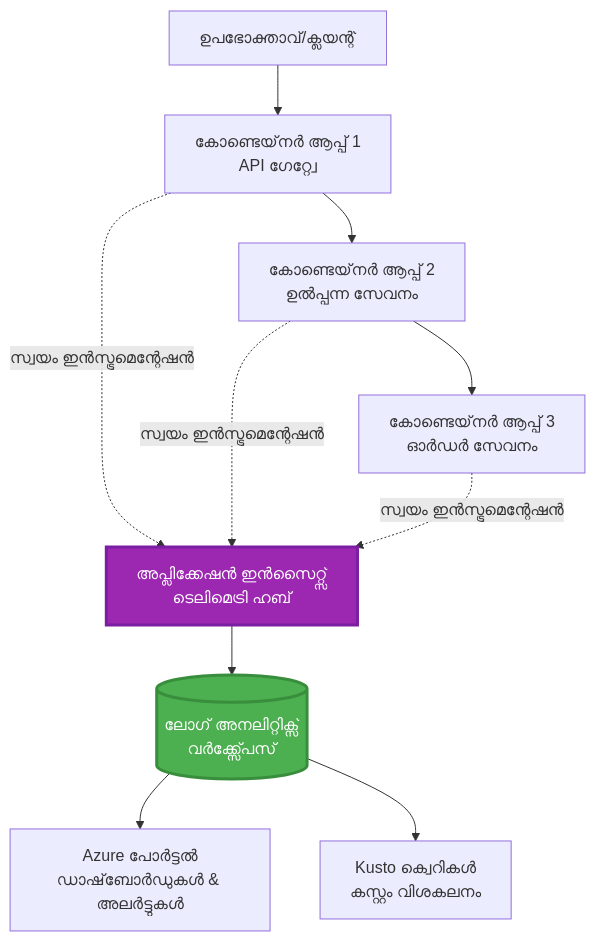
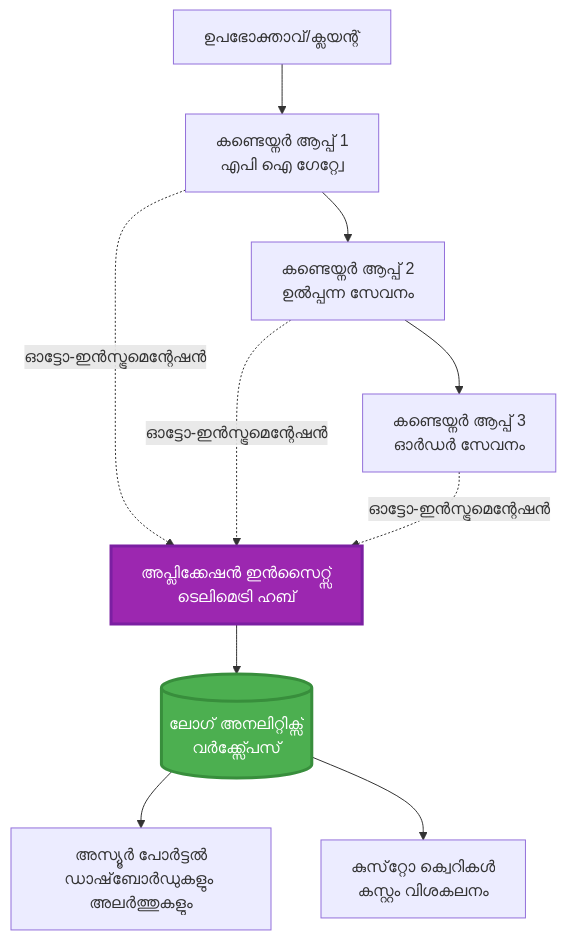
One commit to microsoft/AZD-for-beginners changed the first of 2 diagrams in translations/ml/docs/chapter-06-pre-deployment/application-insights.md. Above: the diagram before and after it, drawn with Mermaid. The commit also changed other lines of this file and 102 other files, not shown here.

````diff
--- a/translations/ml/docs/chapter-06-pre-deployment/application-insights.md
+++ b/translations/ml/docs/chapter-06-pre-deployment/application-insights.md
@@ -58,28 +58,28 @@
 ```mermaid
 graph TB
     User[ഉപഭോക്താവ്/ക്ലയന്റ്]
-    App1[കോണ്ടെയ്‌നർ ആപ്പ് 1<br/>API ഗേറ്റ്വേ]
-    App2[കോണ്ടെയ്‌നർ ആപ്പ് 2<br/>ഉൽപ്പന്ന സേവനം]
-    App3[കോണ്ടെയ്‌നർ ആപ്പ് 3<br/>ഓർഡർ സേവനം]
+    App1[കണ്ടെയ്നര്‍ ആപ്പ് 1<br/>എപി ഐ ഗേറ്റ്വേ]
+    App2[കണ്ടെയ്നര്‍ ആപ്പ് 2<br/>ഉല്‍പ്പന്ന സേവനം]
+    App3[കണ്ടെയ്നര്‍ ആപ്പ് 3<br/>ഓര്‍ഡര്‍ സേവനം]
     
-    AppInsights[അപ്ലിക്കേഷൻ ഇൻസൈറ്റ്സ്<br/>ടെലിമെട്രി ഹബ്]
+    AppInsights[അപ്ലിക്കേഷന്‍ ഇന്‍സൈറ്റ്സ്<br/>ടെലിമെട്രി ഹബ്]
     LogAnalytics[(ലോഗ് അനലിറ്റിക്സ്<br/>വർക്ക്സ്പേസ്)]
     
-    Portal[Azure പോർട്ടൽ<br/>ഡാഷ്‌ബോർഡുകൾ & അലർട്ടുകൾ]
-    Query[Kusto ക്വെറികൾ<br/>കസ്റ്റം വിശകലനം]
+    Portal[അസ്യൂര്‍ പോര്‍ട്ടല്‍<br/>ഡാഷ്‌ബോര്‍ഡുകളും അലർത്തുകളും]
+    Query[കുസ്‌റ്റോ ക്വെറികൾ<br/>കസ്റ്റം വിശകലനം]
     
     User --> App1
     App1 --> App2
     App2 --> App3
     
-    App1 -.->|സ്വയം ഇൻസ്ട്രുമെന്റേഷൻ| AppInsights
-    App2 -.->|സ്വയം ഇൻസ്ട്രുമെന്റേഷൻ| AppInsights
-    App3 -.->|സ്വയം ഇൻസ്ട്രുമെന്റേഷൻ| AppInsights
+    App1 -.->|ഓട്ടോ-ഇൻസ്ട്രുമെന്റേഷന്‍| AppInsights
+    App2 -.->|ഓട്ടോ-ഇൻസ്ട്രുമെന്റേഷന്‍| AppInsights
+    App3 -.->|ഓട്ടോ-ഇൻസ്ട്രുമെന്റേഷന്‍| AppInsights
     
     AppInsights --> LogAnalytics
     LogAnalytics --> Portal
     LogAnalytics --> Query
     
     style AppInsights fill:#9C27B0,stroke:#7B1FA2,stroke-width:3px,color:#fff
     style LogAnalytics fill:#4CAF50,stroke:#388E3C,stroke-width:3px,color:#fff
 ```
````
